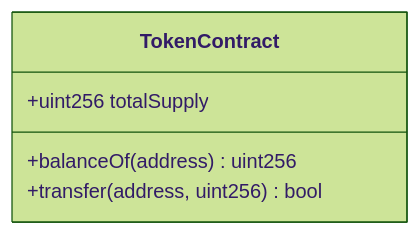
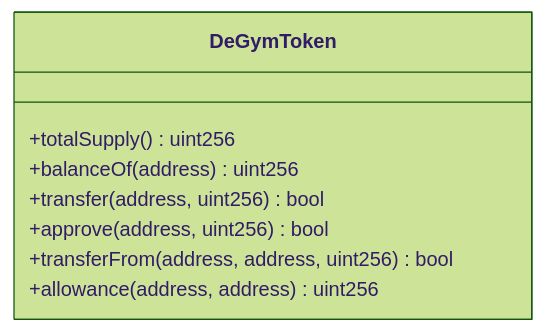
Before and after one commit to DeGym/documentation: the first of 6 diagrams in technical/smart-contracts.md, drawn with Mermaid. The commit also changed other lines of this file, not shown here.

````diff
--- a/technical/smart-contracts.md
+++ b/technical/smart-contracts.md
@@ -50,10 +38,14 @@
 ```mermaid
 %%{init: {'theme': 'forest'}}%%
 
 classDiagram
-    class TokenContract {
-      +uint256 totalSupply
+    class DeGymToken {
+      +totalSupply() uint256
       +balanceOf(address) uint256
       +transfer(address, uint256) bool
+      +approve(address, uint256) bool
+      +transferFrom(address, address, uint256) bool
+      +allowance(address, address) uint256
     }
+
 ```
````
